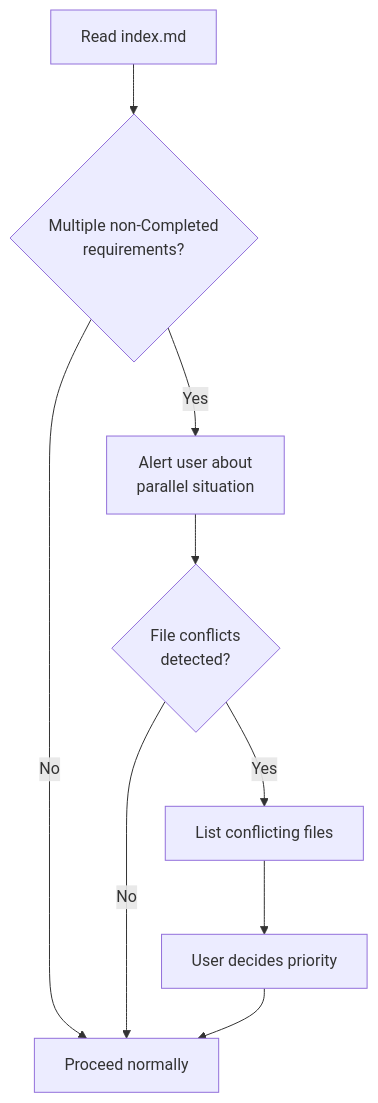
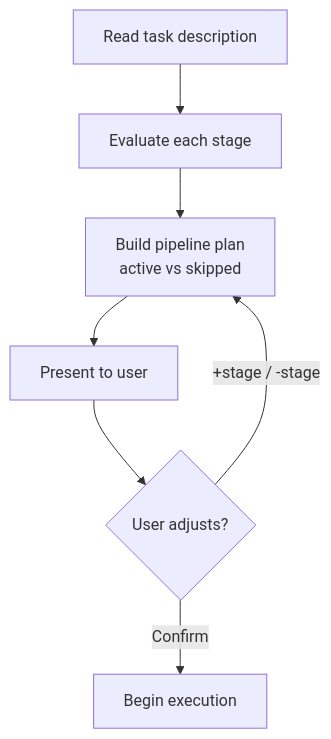
The third of 4 diagrams in req/SKILL.md (GOODDAYDAY/my-skills), drawn with Mermaid before and after one commit. The commit also changed other lines of this file and 19 other files, not shown here.

````diff
--- a/req/SKILL.md
+++ b/req/SKILL.md
@@ -107,11 +135,9 @@
 ```mermaid
 flowchart TD
-    A[Read index.md] --> B{Multiple non-Completed\nrequirements?}
-    B -->|No| C[Proceed normally]
-    B -->|Yes| D[Alert user about\nparallel situation]
-    D --> E{File conflicts\ndetected?}
-    E -->|No| C
-    E -->|Yes| F[List conflicting files]
-    F --> G[User decides priority]
-    G --> C
+    A[Read task description] --> B[Evaluate each stage]
+    B --> C[Build pipeline plan\nactive vs skipped]
+    C --> D[Present to user]
+    D --> E{User adjusts?}
+    E -->|+stage / -stage| C
+    E -->|Confirm| F[Begin execution]
 ```
````
